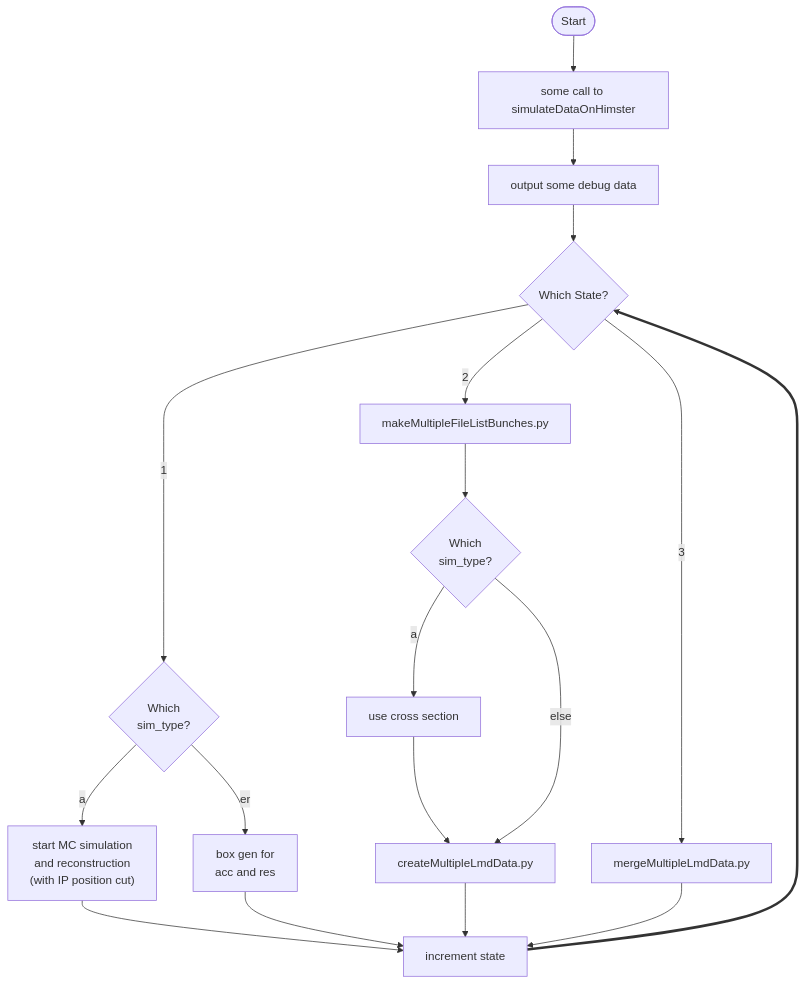
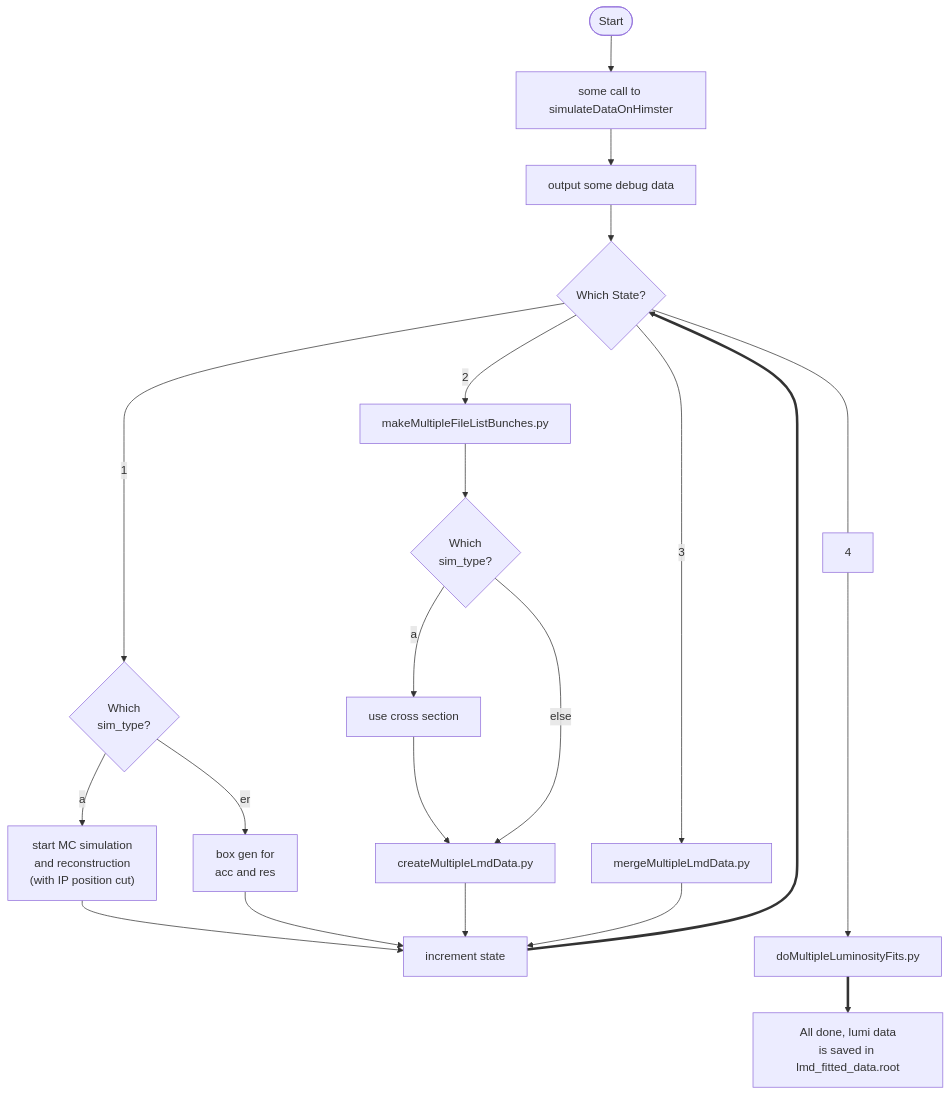
Before and after one commit to panda-luminosity-detector-group/LuminosityFit: the sixth of 6 diagrams in README.md, drawn with Mermaid. The commit also changed other lines of this file, not shown here.

Commit message:
minor tweaks to flowcharts

````diff
--- a/README.md
+++ b/README.md
@@ -200,20 +200,22 @@
 ```mermaid
 flowchart TD
 start([Start]) --> simOnHim["some call to simulateDataOnHimster"]
 simOnHim --> prepare["output some debug data"]
 prepare --> state{Which State?}
 state --1--> simType{"Which\nsim_type?"}
 simType --a--> simRecoDPM["start MC simulation\nand reconstruction\n(with IP position cut)"]
 simType --er--> simRecoBOX["box gen for\nacc and res"]
 simRecoDPM --> incrementState["increment state"]
 simRecoBOX --> incrementState
 incrementState ==> state
 state --2--> makeMulti["makeMultipleFileListBunches.py"]
 makeMulti --> simType2{"Which\nsim_type?"}
 simType2 --a--> useCross["use cross section"]
 useCross --> createMulti["createMultipleLmdData.py"]
 simType2 --else--> createMulti
 createMulti --> incrementState
 state --3--> mergeData["mergeMultipleLmdData.py"]
 mergeData --> incrementState
+state ----4----> doMultiFit["doMultipleLuminosityFits.py"]
+doMultiFit ==> done["All done, lumi data\nis saved in lmd_fitted_data.root"]
 ```
````
